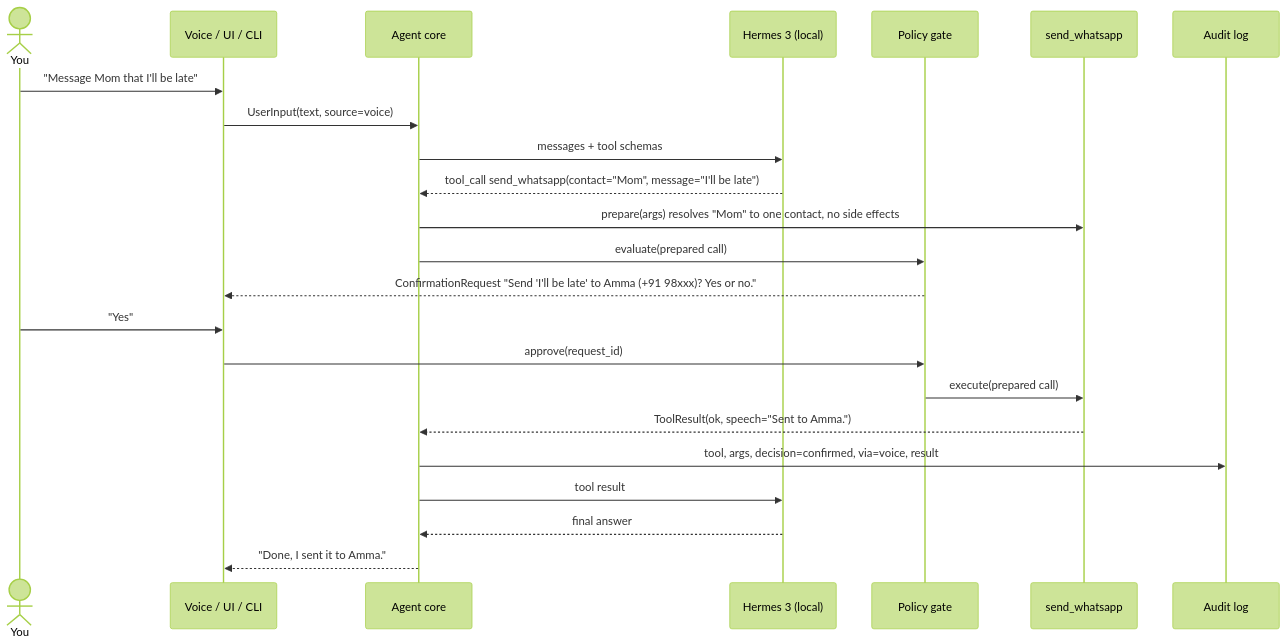
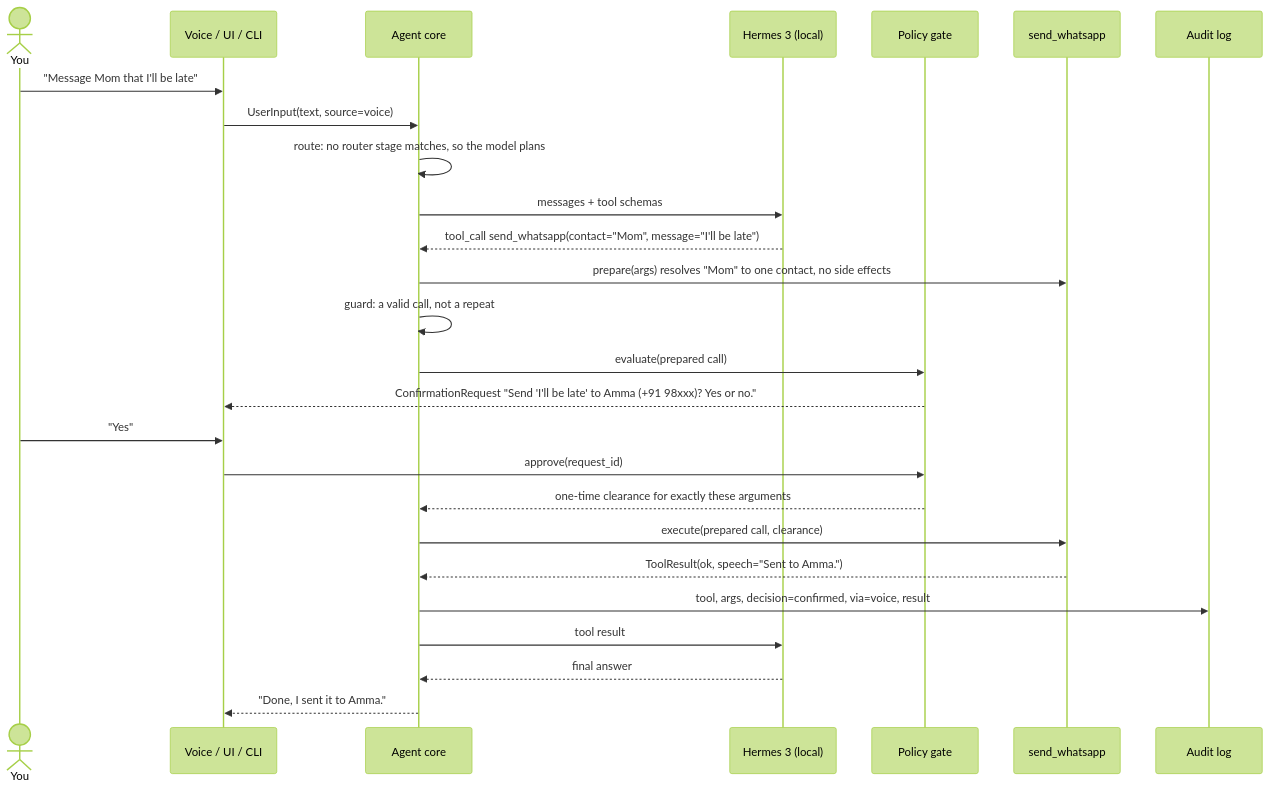
One commit to PreeyasTumulu/JARVIS changed the second of 4 diagrams in docs/ARCHITECTURE.md. Above: the diagram before and after it, drawn with Mermaid (forest theme). The commit also changed other lines of this file and 6 other files, not shown here.

First line of the commit message:
docs: Phase 24 - ADR-083 and ADR-084, ARCHITECTURE section 4 from the graph, R60 to R62, hand tests

````diff
--- a/docs/ARCHITECTURE.md
+++ b/docs/ARCHITECTURE.md
@@ -80,26 +85,29 @@
 ```mermaid
 sequenceDiagram
     actor U as You
     participant I as Voice / UI / CLI
     participant A as Agent core
     participant M as Hermes 3 (local)
     participant P as Policy gate
     participant T as send_whatsapp
     participant L as Audit log
 
     U->>I: "Message Mom that I'll be late"
     I->>A: UserInput(text, source=voice)
+    A->>A: route: no router stage matches, so the model plans
     A->>M: messages + tool schemas
     M-->>A: tool_call send_whatsapp(contact="Mom", message="I'll be late")
     A->>T: prepare(args) resolves "Mom" to one contact, no side effects
+    A->>A: guard: a valid call, not a repeat
     A->>P: evaluate(prepared call)
     P-->>I: ConfirmationRequest "Send 'I'll be late' to Amma (+91 98xxx)? Yes or no."
     U->>I: "Yes"
     I->>P: approve(request_id)
-    P->>T: execute(prepared call)
+    P-->>A: one-time clearance for exactly these arguments
+    A->>T: execute(prepared call, clearance)
     T-->>A: ToolResult(ok, speech="Sent to Amma.")
     A->>L: tool, args, decision=confirmed, via=voice, result
     A->>M: tool result
     M-->>A: final answer
     A-->>I: "Done, I sent it to Amma."
 ```
````
